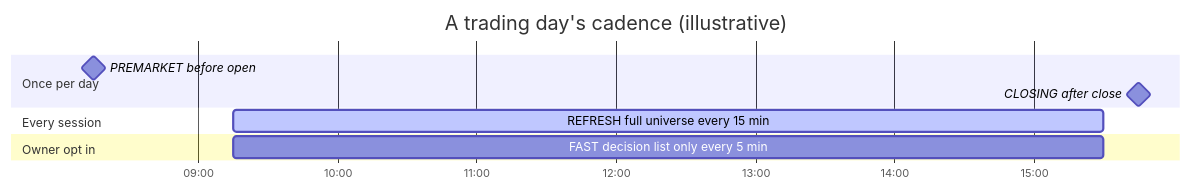
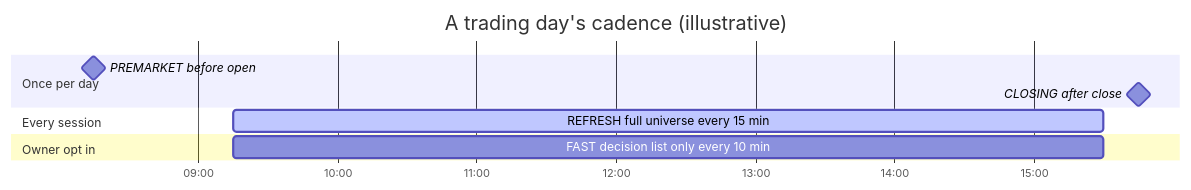
The seventh of 8 diagrams in docs/ATHENA-WORKFLOW-METHODOLOGY.md (sandeepgs1984/ATHENA), drawn with Mermaid before and after one commit. The commit also changed other lines of this file and 9 other files, not shown here.

````diff
--- a/docs/ATHENA-WORKFLOW-METHODOLOGY.md
+++ b/docs/ATHENA-WORKFLOW-METHODOLOGY.md
@@ -514,13 +514,13 @@
 ```mermaid
 gantt
     dateFormat HH:mm
     axisFormat %H:%M
     title A trading day's cadence (illustrative)
     section Once per day
     PREMARKET before open   :milestone, m1, 08:15, 0m
     CLOSING after close     :milestone, m2, 15:45, 0m
     section Every session
     REFRESH full universe every 15 min :active, refresh, 09:15, 375m
     section Owner opt in
-    FAST decision list only every 5 min :fastrun, 09:15, 375m
+    FAST decision list only every 10 min :fastrun, 09:15, 375m
 ```
````
